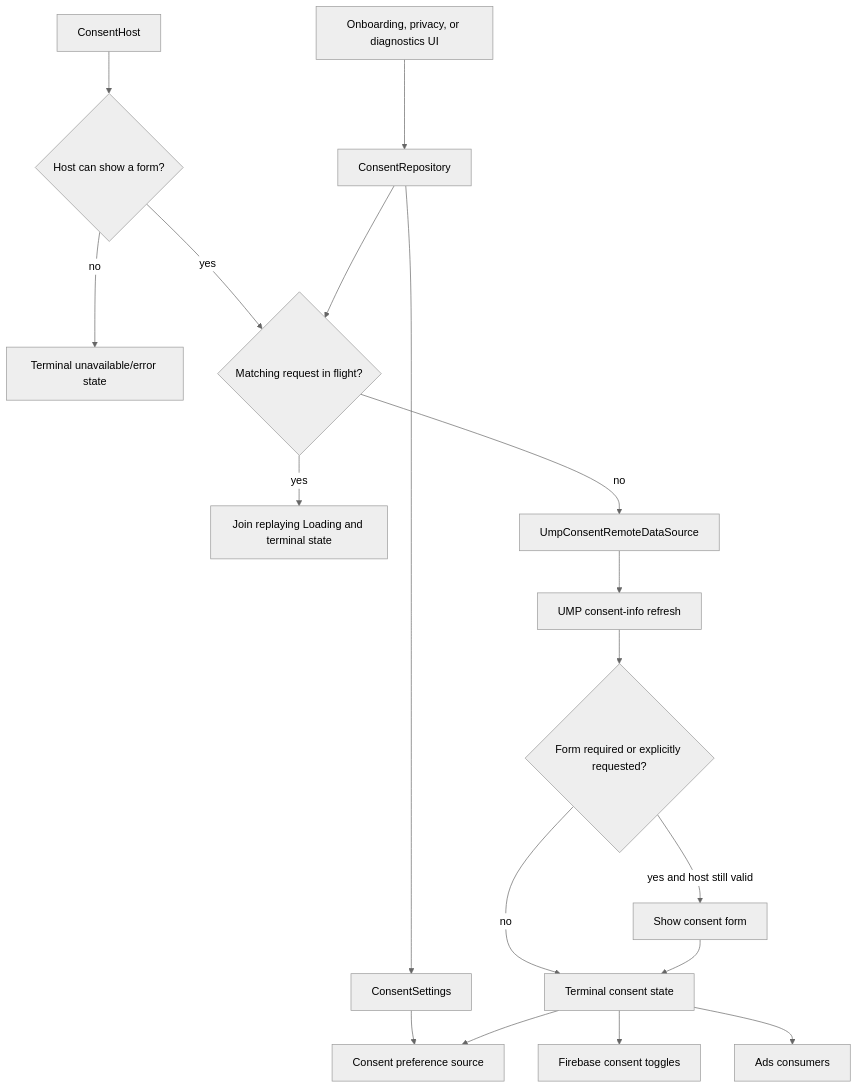
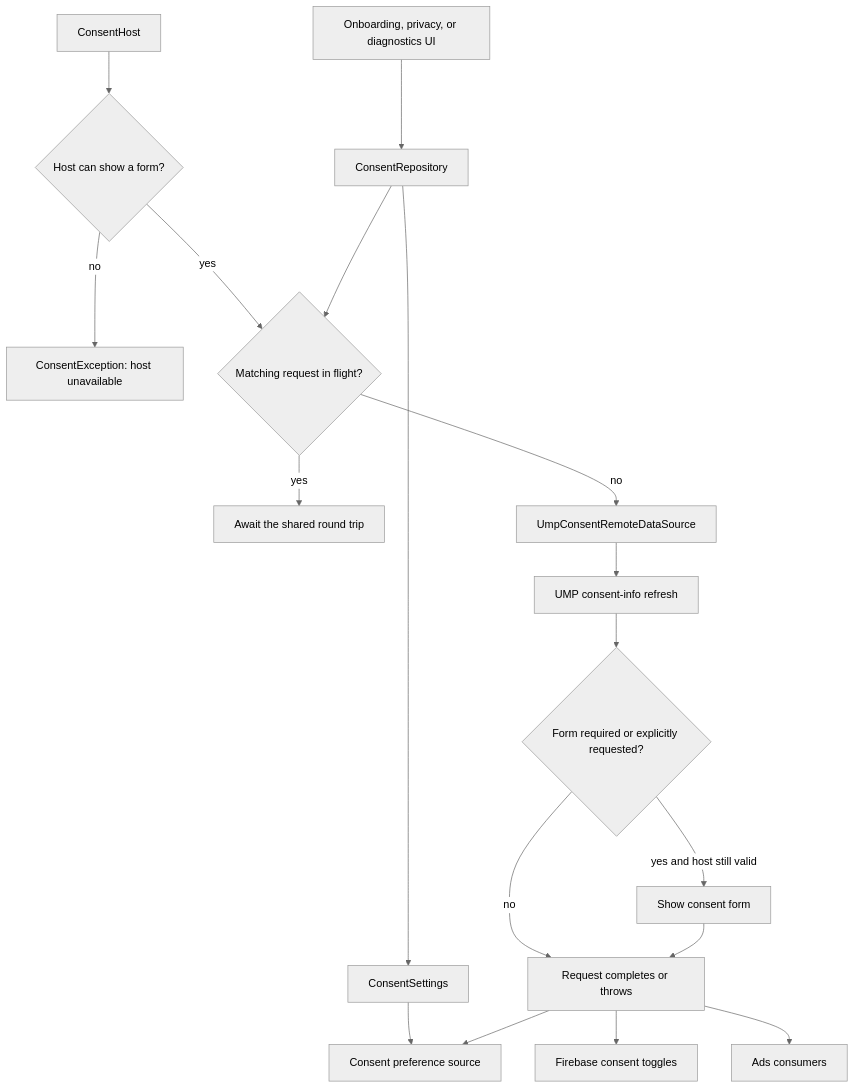
The diagram in library/integration/consent/README.md (MihaiCristianCondrea/App-Toolkit-for-Android), drawn with Mermaid (neutral theme) before and after one commit. The commit also changed other lines of this file and 16 other files, not shown here.

Commit message:
Load failure: an error view with a message and Retry when retrying is allowed. Action failure: existing content stays visible, with an error snackbar. Startup handles consent failure differently: it enables Continue after failure or timeout.

````diff
--- a/library/integration/consent/README.md
+++ b/library/integration/consent/README.md
@@ -37,20 +37,20 @@
 ```mermaid
 flowchart TD
     UI[Onboarding, privacy, or diagnostics UI] --> Repo[ConsentRepository]
     Repo --> Settings[ConsentSettings]
     Settings --> Store[Consent preference source]
     Host[ConsentHost] --> Availability{Host can show a form?}
-    Availability -->|no| Rejected[Terminal unavailable/error state]
+    Availability -->|no| Rejected[ConsentException: host unavailable]
     Availability -->|yes| Flight{Matching request in flight?}
     Repo --> Flight
-    Flight -->|yes| Join[Join replaying Loading and terminal state]
+    Flight -->|yes| Join[Await the shared round trip]
     Flight -->|no| UMP[UmpConsentRemoteDataSource]
     UMP --> Refresh[UMP consent-info refresh]
     Refresh --> Callback{Form required or explicitly requested?}
     Callback -->|yes and host still valid| Form[Show consent form]
-    Callback -->|no| Result[Terminal consent state]
+    Callback -->|no| Result[Request completes or throws]
     Form --> Result
     Result --> Store
     Result --> Firebase[Firebase consent toggles]
     Result --> Ads[Ads consumers]
 ```
````
